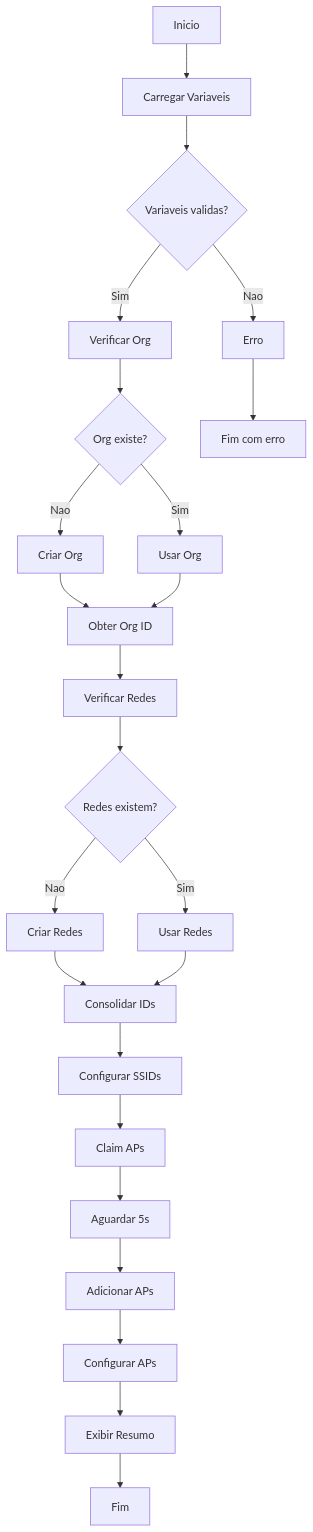
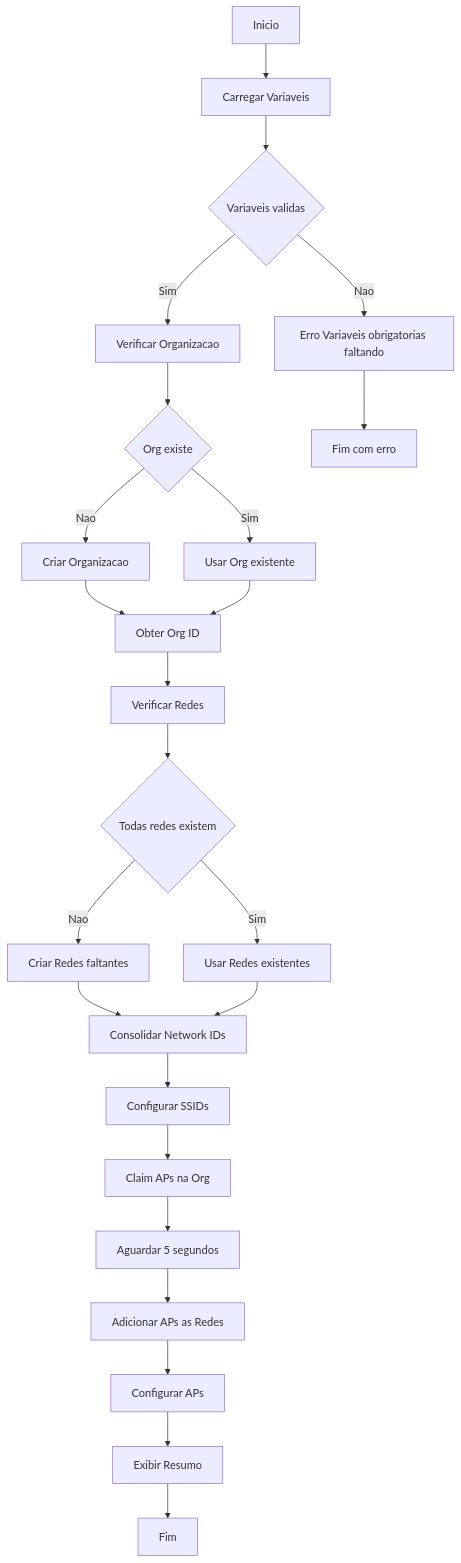
The sixth of 13 diagrams in docs/system-modeling.md (rodrigo-freitas-com/meraki-ansible), drawn with Mermaid before and after one commit. The commit also changed other lines of this file, not shown here.

````diff
--- a/docs/system-modeling.md
+++ b/docs/system-modeling.md
@@ -203,26 +227,34 @@
 ```mermaid
 flowchart TD
     A[Inicio] --> B[Carregar Variaveis]
-    B --> C{Variaveis validas?}
-    C -->|Nao| D[Erro]
-    C -->|Sim| E[Verificar Org]
-    E --> F{Org existe?}
-    F -->|Nao| G[Criar Org]
-    F -->|Sim| H[Usar Org]
+    B --> C{Variaveis validas}
+
+    C -->|Nao| D[Erro Variaveis obrigatorias faltando]
+    C -->|Sim| E[Verificar Organizacao]
+
+    E --> F{Org existe}
+    F -->|Nao| G[Criar Organizacao]
+    F -->|Sim| H[Usar Org existente]
+
     G --> I[Obter Org ID]
     H --> I
+
     I --> J[Verificar Redes]
-    J --> K{Redes existem?}
-    K -->|Nao| L[Criar Redes]
-    K -->|Sim| M[Usar Redes]
-    L --> N[Consolidar IDs]
+    J --> K{Todas redes existem}
+
+    K -->|Nao| L[Criar Redes faltantes]
+    K -->|Sim| M[Usar Redes existentes]
+
+    L --> N[Consolidar Network IDs]
     M --> N
+
     N --> O[Configurar SSIDs]
-    O --> P[Claim APs]
-    P --> Q[Aguardar 5s]
-    Q --> R[Adicionar APs]
+    O --> P[Claim APs na Org]
+    P --> Q[Aguardar 5 segundos]
+    Q --> R[Adicionar APs as Redes]
     R --> S[Configurar APs]
     S --> T[Exibir Resumo]
     T --> U[Fim]
+
     D --> V[Fim com erro]
 ```
````
